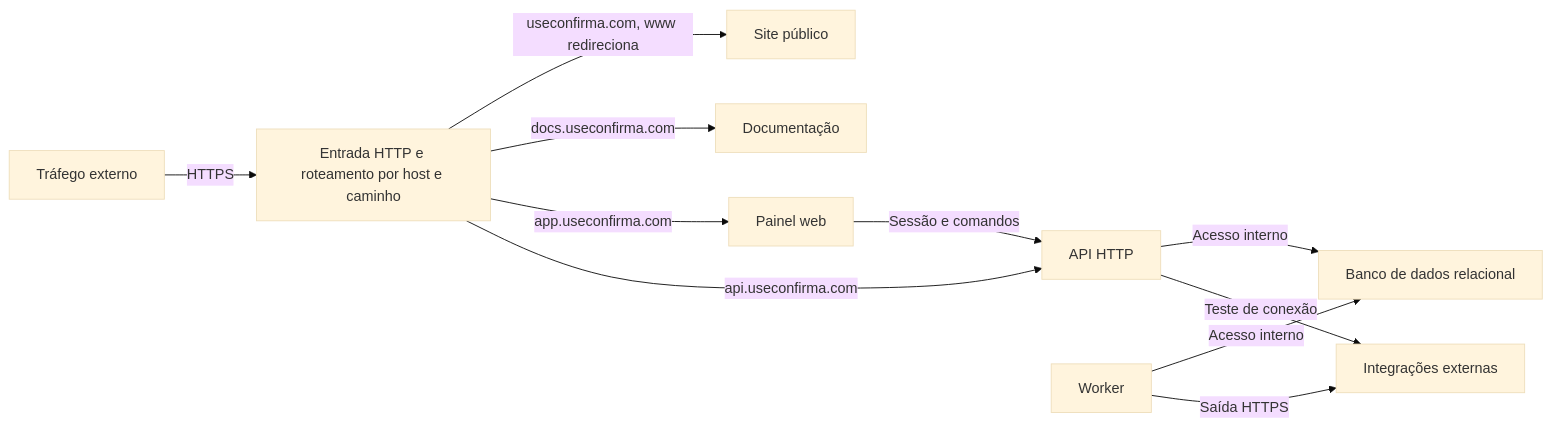
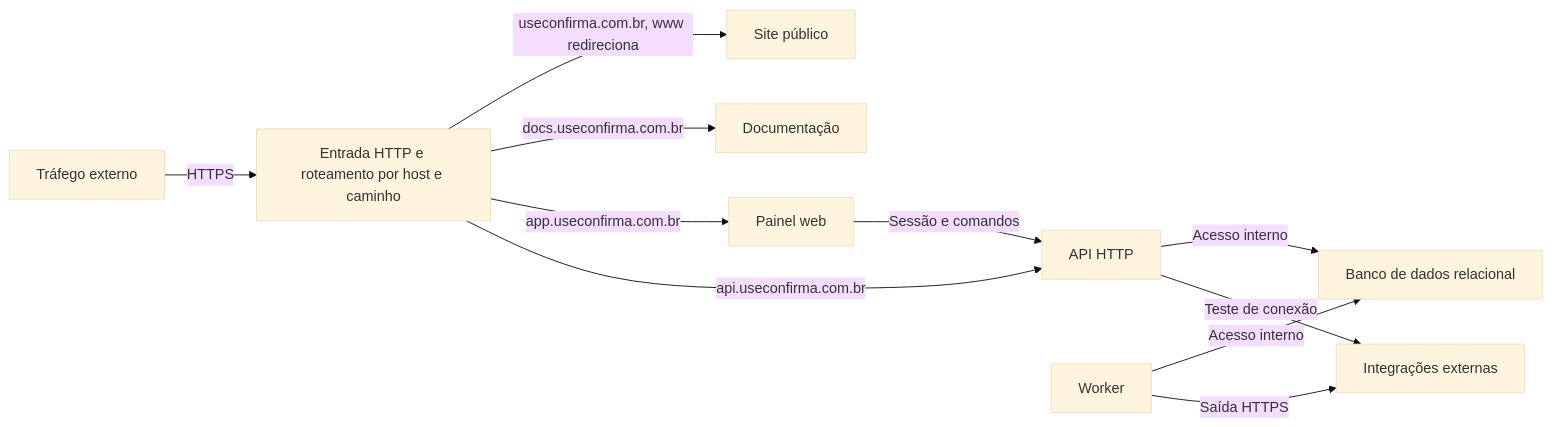
One commit to buildwitharthur/confirma changed the diagram in docs/desenvolvimento/arquitetura/implantacao.md. Above: the diagram before and after it, drawn with Mermaid (base theme). The commit also changed other lines of this file and 26 other files, not shown here.

````diff
--- a/docs/desenvolvimento/arquitetura/implantacao.md
+++ b/docs/desenvolvimento/arquitetura/implantacao.md
@@ -21,13 +21,13 @@
 ```mermaid
 flowchart LR
     X["Tráfego externo"] -->|"HTTPS"| I["Entrada HTTP e roteamento por host e caminho"]
-    I -->|"useconfirma.com, www redireciona"| S["Site público"]
-    I -->|"docs.useconfirma.com"| D["Documentação"]
-    I -->|"app.useconfirma.com"| P["Painel web"]
-    I -->|"api.useconfirma.com"| A["API HTTP"]
+    I -->|"useconfirma.com.br, www redireciona"| S["Site público"]
+    I -->|"docs.useconfirma.com.br"| D["Documentação"]
+    I -->|"app.useconfirma.com.br"| P["Painel web"]
+    I -->|"api.useconfirma.com.br"| A["API HTTP"]
     P -->|"Sessão e comandos"| A
     A -->|"Acesso interno"| B["Banco de dados relacional"]
     W["Worker"] -->|"Acesso interno"| B
     W -->|"Saída HTTPS"| E["Integrações externas"]
     A -->|"Teste de conexão"| E
 ```
````
